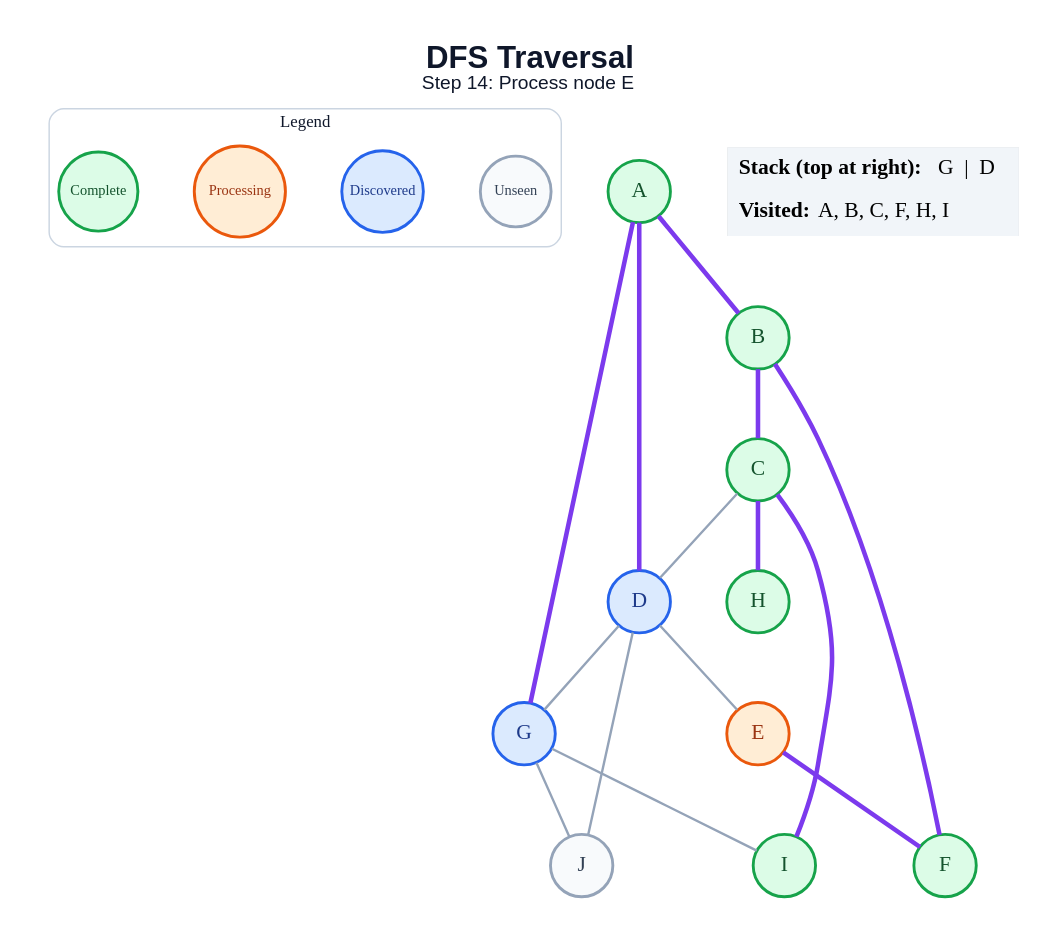
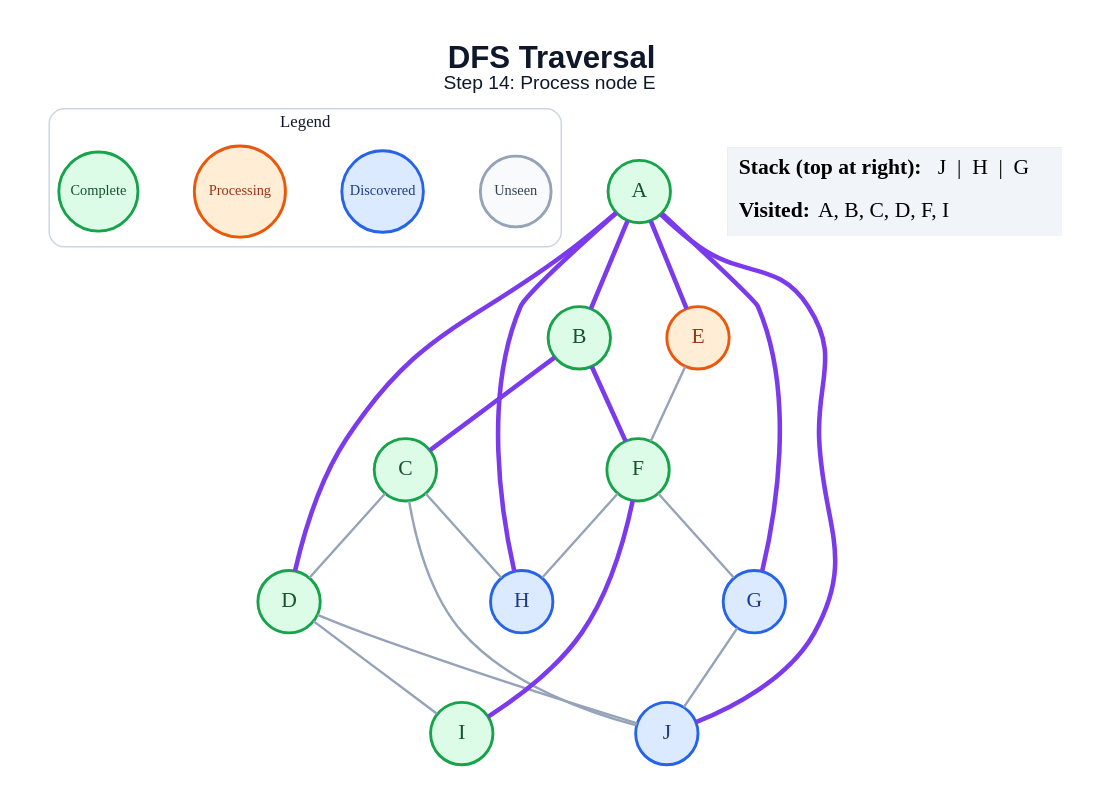
The diagram in generated/dfs/step_14.dot (anon7238593-create/ai-slop), drawn with Graphviz before and after one commit. The commit also changed 178 other files, not shown here.

```diff
--- a/generated/dfs/step_14.dot
+++ b/generated/dfs/step_14.dot
@@ -1,43 +1,47 @@
 graph traversal {
   graph [layout=dot, rankdir=TB, bgcolor="#FFFFFF", pad="0.35", nodesep="0.65", ranksep="0.8", fontname="Arial"];
   node [shape=circle, style="filled", fontname="Arial Bold", fontsize=18, width=0.72, fixedsize=true, penwidth=2.4];
   edge [color="#94A3B8", penwidth=2.0];
   label=<<B>DFS Traversal</B><BR/><FONT POINT-SIZE="16">Step 14: Process node E</FONT>>; labelloc="t"; fontsize=26; fontname="Arial"; fontcolor="#0F172A";
   subgraph cluster_legend { label="Legend"; color="#CBD5E1"; penwidth=1.2; style="rounded"; fontsize=14; fontname="Arial Bold";
     key_unseen [label="Unseen", fillcolor="#F8FAFC", color="#94A3B8", fontcolor="#334155", fontsize=12, width=0.82];
     key_frontier [label="Discovered", fillcolor="#DBEAFE", color="#2563EB", fontcolor="#1E3A8A", fontsize=12, width=0.95];
     key_current [label="Processing", fillcolor="#FFEDD5", color="#EA580C", fontcolor="#9A3412", fontsize=12, width=1.05];
     key_done [label="Complete", fillcolor="#DCFCE7", color="#16A34A", fontcolor="#14532D", fontsize=12, width=0.92];
     { rank=same; key_unseen; key_frontier; key_current; key_done; }
   }
   A [fillcolor="#DCFCE7", color="#16A34A", fontcolor="#14532D"];
   B [fillcolor="#DCFCE7", color="#16A34A", fontcolor="#14532D"];
   C [fillcolor="#DCFCE7", color="#16A34A", fontcolor="#14532D"];
-  D [fillcolor="#DBEAFE", color="#2563EB", fontcolor="#1E3A8A"];
+  D [fillcolor="#DCFCE7", color="#16A34A", fontcolor="#14532D"];
   E [fillcolor="#FFEDD5", color="#EA580C", fontcolor="#9A3412"];
   F [fillcolor="#DCFCE7", color="#16A34A", fontcolor="#14532D"];
   G [fillcolor="#DBEAFE", color="#2563EB", fontcolor="#1E3A8A"];
-  H [fillcolor="#DCFCE7", color="#16A34A", fontcolor="#14532D"];
+  H [fillcolor="#DBEAFE", color="#2563EB", fontcolor="#1E3A8A"];
   I [fillcolor="#DCFCE7", color="#16A34A", fontcolor="#14532D"];
-  J [fillcolor="#F8FAFC", color="#94A3B8", fontcolor="#334155"];
+  J [fillcolor="#DBEAFE", color="#2563EB", fontcolor="#1E3A8A"];
   A -- B [color="#7C3AED", penwidth=3.8];
   A -- D [color="#7C3AED", penwidth=3.8];
+  A -- E [color="#7C3AED", penwidth=3.8];
   A -- G [color="#7C3AED", penwidth=3.8];
+  A -- H [color="#7C3AED", penwidth=3.8];
+  A -- J [color="#7C3AED", penwidth=3.8];
   B -- C [color="#7C3AED", penwidth=3.8];
   B -- F [color="#7C3AED", penwidth=3.8];
   C -- D;
-  C -- H [color="#7C3AED", penwidth=3.8];
-  C -- I [color="#7C3AED", penwidth=3.8];
-  D -- E;
-  D -- G;
+  C -- H;
+  C -- J;
+  D -- I;
   D -- J;
-  E -- F [color="#7C3AED", penwidth=3.8];
-  G -- I;
+  E -- F;
+  F -- G;
+  F -- H;
+  F -- I [color="#7C3AED", penwidth=3.8];
   G -- J;
   status [shape=plain, fixedsize=false, width=0, height=0, margin=0, label=<
     <TABLE BORDER="0" CELLBORDER="0" CELLPADDING="7" BGCOLOR="#F1F5F9">
-      <TR><TD ALIGN="LEFT"><B>Stack (top at right):</B> G  |  D</TD></TR>
-      <TR><TD ALIGN="LEFT"><B>Visited:</B> A, B, C, F, H, I</TD></TR>
+      <TR><TD ALIGN="LEFT"><B>Stack (top at right):</B> J  |  H  |  G</TD></TR>
+      <TR><TD ALIGN="LEFT"><B>Visited:</B> A, B, C, D, F, I</TD></TR>
     </TABLE>
   >];
 }
```
